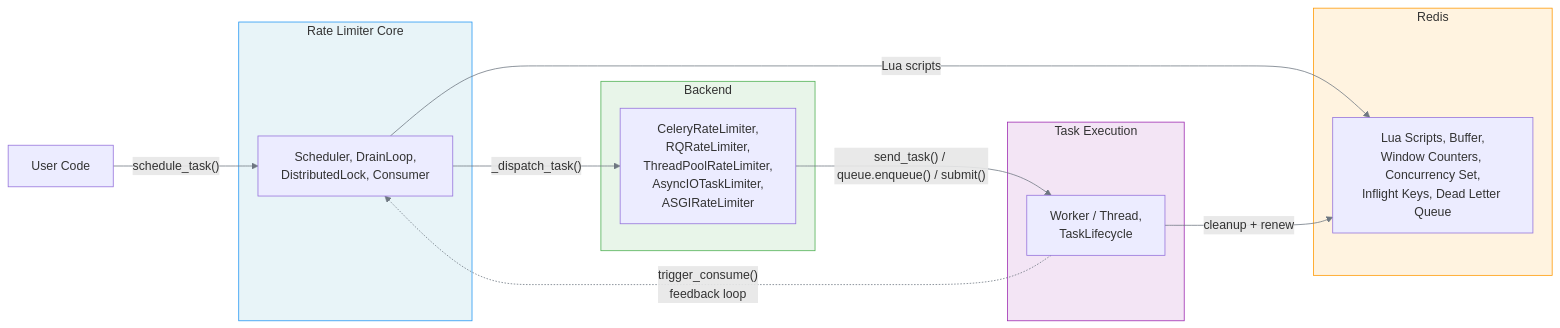
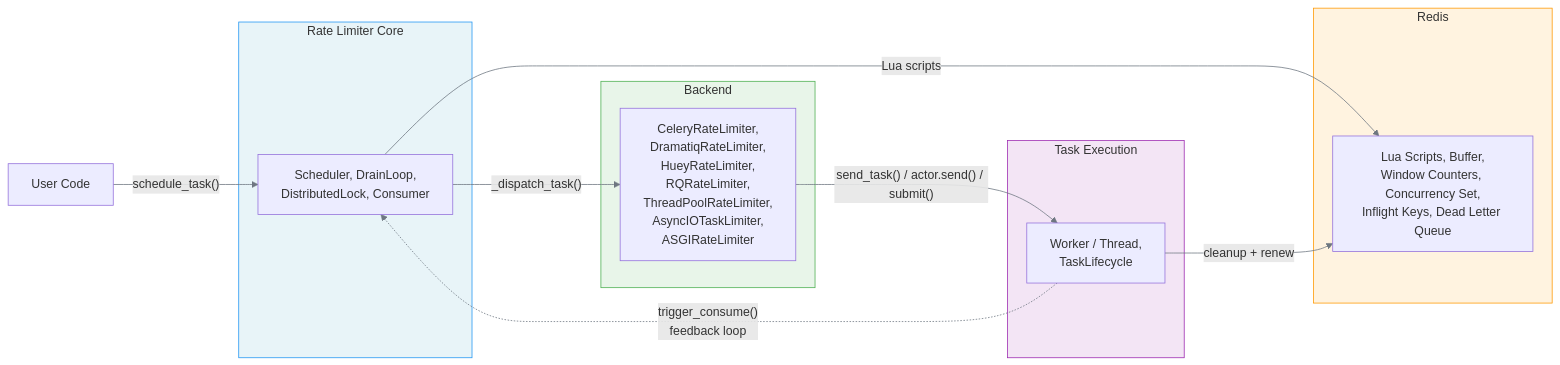
One commit to melroy999/redis-rate-limiter changed the first of 5 diagrams in docs/architecture/components.md. Above: the diagram before and after it, drawn with Mermaid. The commit also changed other lines of this file and 66 other files, not shown here.

Commit message:
[/backends] Added backends for Dramatiq and Huey, including documentation and tests. Misc changes to demos and inline documentations.

````diff
--- a/docs/architecture/components.md
+++ b/docs/architecture/components.md
@@ -13,33 +13,33 @@
 ```mermaid
 %%{init: {"theme": "default", "themeVariables": {"lineColor": "#6e7781"}}}%%
 graph LR
     User["User Code"]
 
     subgraph Limiter ["Rate Limiter Core"]
         LimiterBlock["Scheduler, DrainLoop,<br>DistributedLock, Consumer"]
     end
 
     subgraph RedisLayer ["Redis"]
         RedisBlock["Lua Scripts, Buffer,<br>Window Counters, Concurrency Set,<br>Inflight Keys, Dead Letter Queue"]
     end
 
     subgraph Backends ["Backend"]
-        BackendBlock["CeleryRateLimiter,<br>RQRateLimiter,<br>ThreadPoolRateLimiter,<br>AsyncIOTaskLimiter,<br>ASGIRateLimiter"]
+        BackendBlock["CeleryRateLimiter,<br>DramatiqRateLimiter,<br>HueyRateLimiter,<br>RQRateLimiter,<br>ThreadPoolRateLimiter,<br>AsyncIOTaskLimiter,<br>ASGIRateLimiter"]
     end
 
     subgraph Execution ["Task Execution"]
         ExecBlock["Worker / Thread,<br>TaskLifecycle"]
     end
 
     User -->|"schedule_task()"| LimiterBlock
     LimiterBlock -->|"Lua scripts"| RedisBlock
     LimiterBlock -->|"_dispatch_task()"| BackendBlock
-    BackendBlock -->|"send_task() / queue.enqueue() / submit()"| ExecBlock
+    BackendBlock -->|"send_task() / actor.send() / submit()"| ExecBlock
     ExecBlock -->|"cleanup + renew"| RedisBlock
     ExecBlock -.->|"trigger_consume()<br>feedback loop"| LimiterBlock
 
     style Limiter fill:#e8f4f8,stroke:#2196F3
     style RedisLayer fill:#fff3e0,stroke:#FF9800
     style Backends fill:#e8f5e9,stroke:#4CAF50
     style Execution fill:#f3e5f5,stroke:#9C27B0
 ```
````
